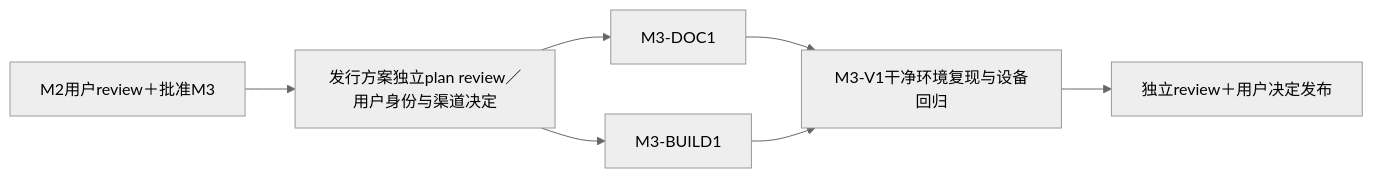
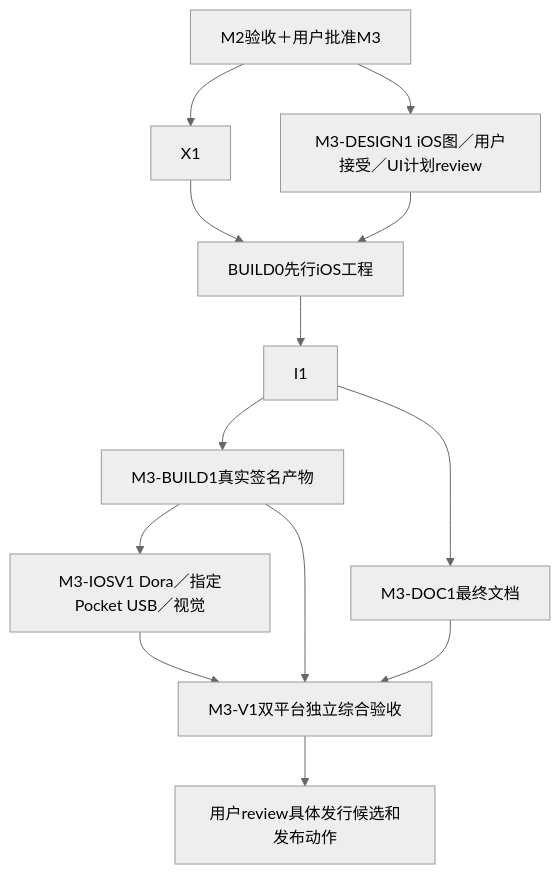
Before and after one commit to GhostFlying/ferry: the diagram in docs/plans/m3.md, drawn with Mermaid (neutral theme). The commit also changed other lines of this file and 15 other files, not shown here.

````diff
--- a/docs/plans/m3.md
+++ b/docs/plans/m3.md
@@ -15,9 +36,15 @@
 ```mermaid
-flowchart LR
-    U[M2用户review＋批准M3] --> P[发行方案独立plan review／用户身份与渠道决定]
-    P --> D[M3-DOC1]
-    P --> B[M3-BUILD1]
-    D --> V[M3-V1干净环境复现与设备回归]
-    B --> V
-    V --> R[独立review＋用户决定发布]
+flowchart TD
+    U[M2验收＋用户批准M3] --> X1
+    U --> DS[M3-DESIGN1 iOS图／用户接受／UI计划review]
+    X1 --> B0[BUILD0先行iOS工程]
+    DS --> B0
+    B0 --> I1
+    I1 --> BF[M3-BUILD1真实签名产物]
+    I1 --> DF[M3-DOC1最终文档]
+    BF --> IV[M3-IOSV1 Dora／指定Pocket USB／视觉]
+    IV --> V[M3-V1双平台独立综合验收]
+    BF --> V
+    DF --> V
+    V --> G[用户review具体发行候选和发布动作]
 ```
````
